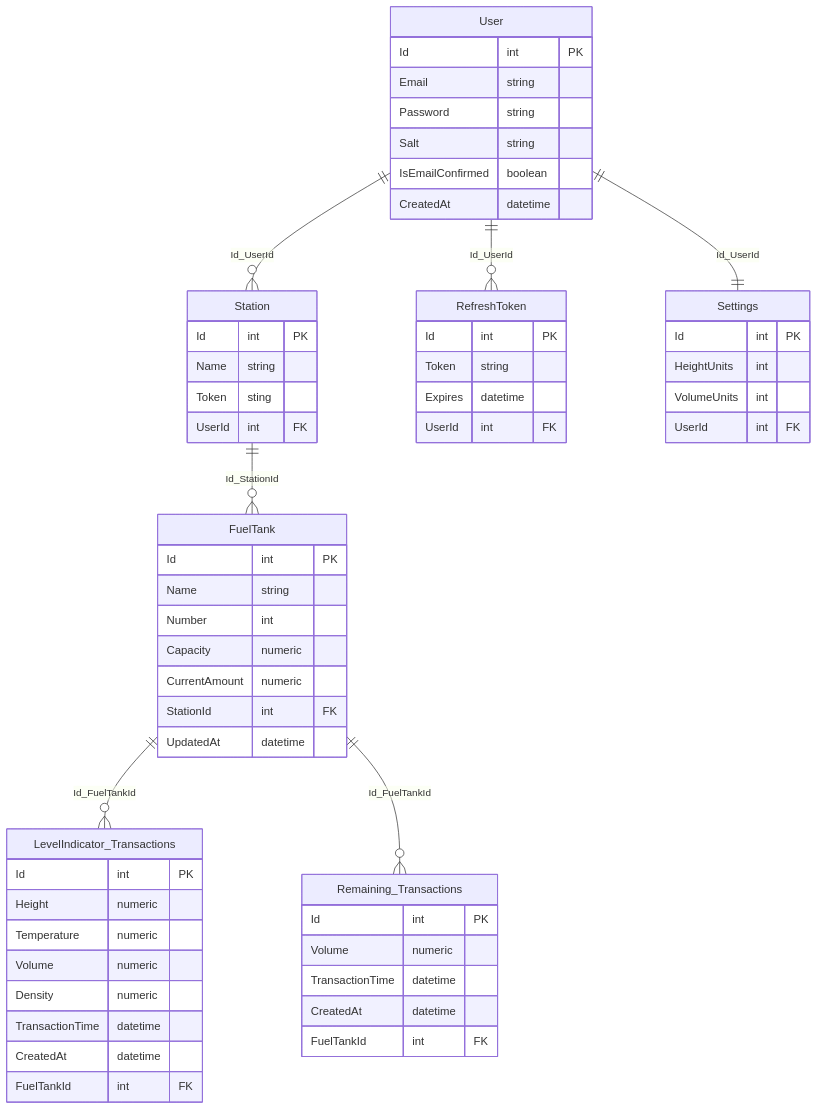
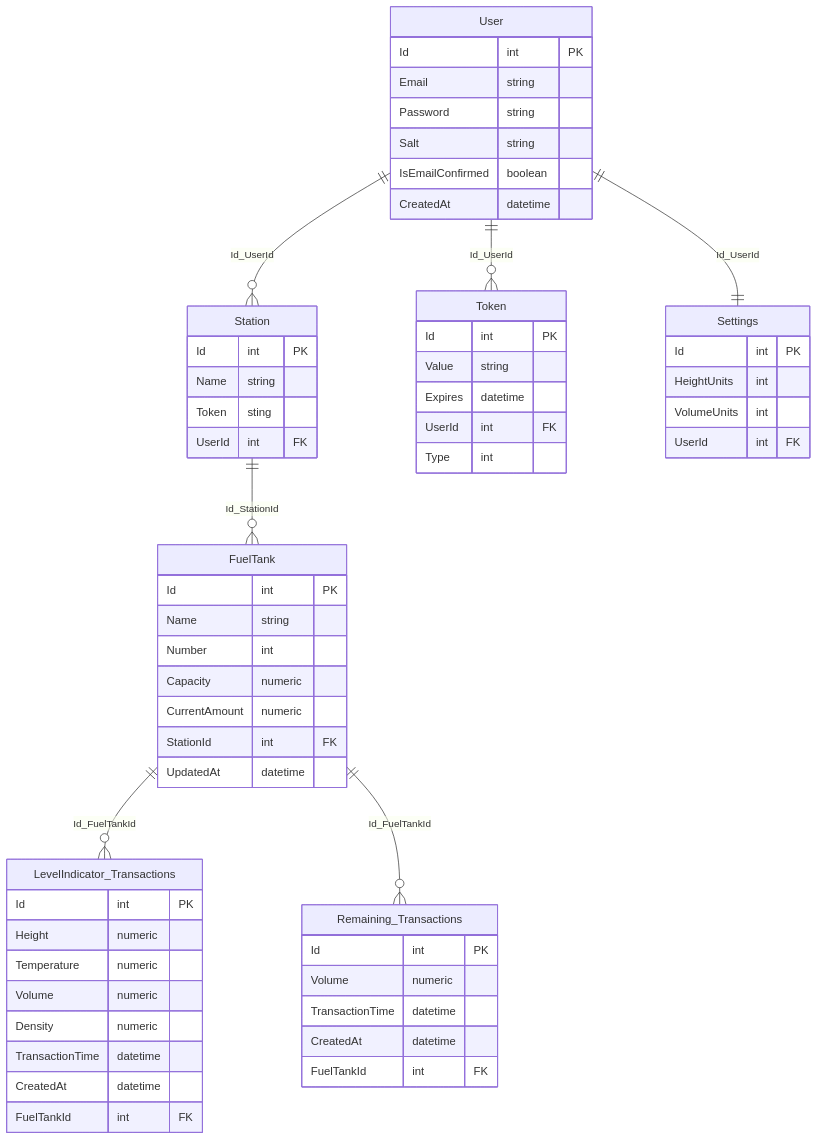
Before and after one commit to max-voronkin/Fung: the diagram in README.md, drawn with Mermaid. The commit also changed other lines of this file and 2 other files, not shown here.

Commit message:
Added migration changing RefreshToken table to Token Now storing different types of tokens

````diff
--- a/README.md
+++ b/README.md
@@ -17,67 +18,68 @@
 ```mermaid
 erDiagram
 User ||--o{ Station : Id_UserId
-User ||--o{ RefreshToken : Id_UserId
+User ||--o{ Token : Id_UserId
 User ||--|| Settings : Id_UserId
 User {
   Id int PK
   Email string
   Password string
   Salt string
   IsEmailConfirmed boolean
   CreatedAt datetime
 }
 
 Station ||--o{ FuelTank : Id_StationId
 Station {
   Id int PK
   Name string
   Token sting
   UserId int FK
 }
 
 FuelTank ||--o{ LevelIndicator_Transactions : Id_FuelTankId
 FuelTank ||--o{ Remaining_Transactions : Id_FuelTankId
 FuelTank {
   Id int PK
   Name string
   Number int
   Capacity numeric
   CurrentAmount numeric
   StationId int FK
   UpdatedAt datetime
 }
 
 LevelIndicator_Transactions {
   Id int PK
   Height numeric
   Temperature numeric
   Volume numeric
   Density numeric
   TransactionTime datetime
   CreatedAt datetime
   FuelTankId int FK
 }
 
 Remaining_Transactions {
   Id int PK
   Volume numeric
   TransactionTime datetime
   CreatedAt datetime
   FuelTankId int FK
 }
 
-RefreshToken {
+Token {
   Id int PK
-  Token string
+  Value string
   Expires datetime
   UserId int FK
+  Type int
 }
 
 Settings {
   Id int PK
   HeightUnits int
   VolumeUnits int
   UserId int FK
 }
 ```
````
